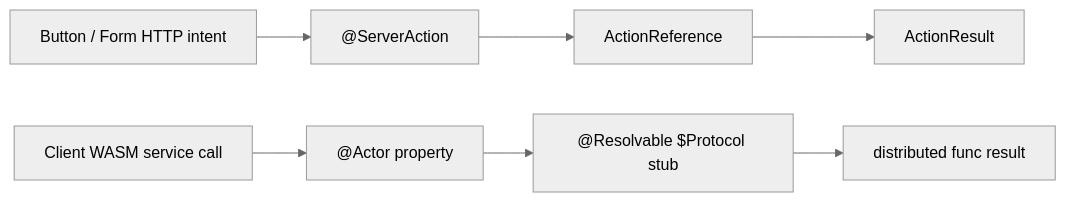
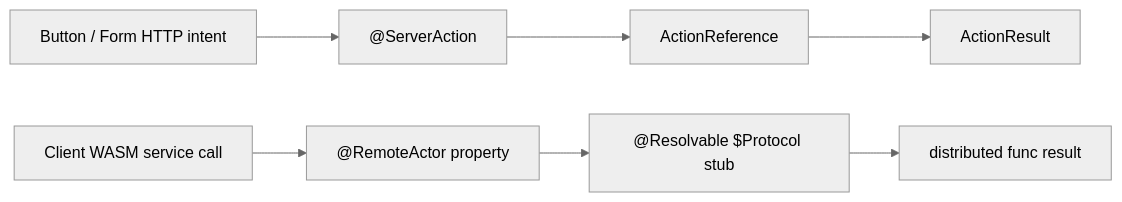
The second of 2 diagrams in docs/ActorInjectionDesign.md (1amageek/swift-web), drawn with Mermaid (neutral theme) before and after one commit. The commit also changed other lines of this file and 18 other files, not shown here.

````diff
--- a/docs/ActorInjectionDesign.md
+++ b/docs/ActorInjectionDesign.md
@@ -205,10 +205,10 @@
 ```mermaid
 flowchart LR
   A["Button / Form HTTP intent"] --> B["@ServerAction"]
   B --> C["ActionReference"]
   C --> D["ActionResult"]
 
-  E["Client WASM service call"] --> F["@Actor property"]
+  E["Client WASM service call"] --> F["@RemoteActor property"]
   F --> G["@Resolvable $Protocol stub"]
   G --> H["distributed func result"]
 ```
````
